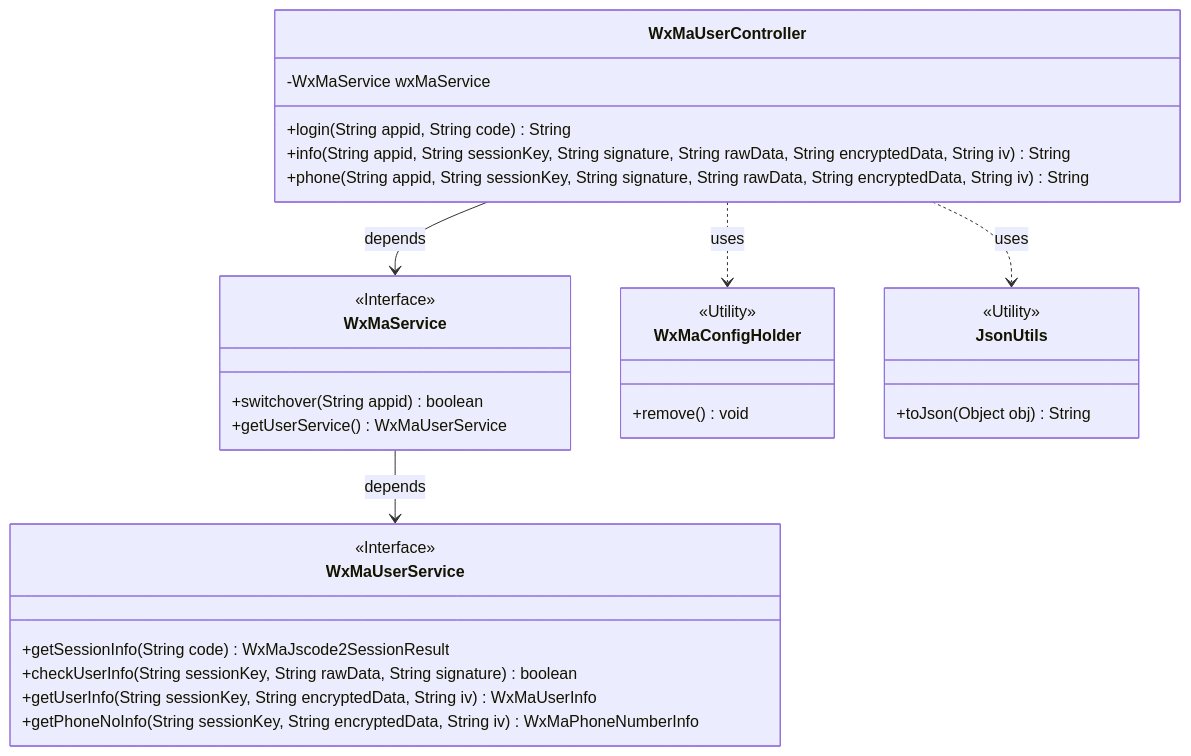
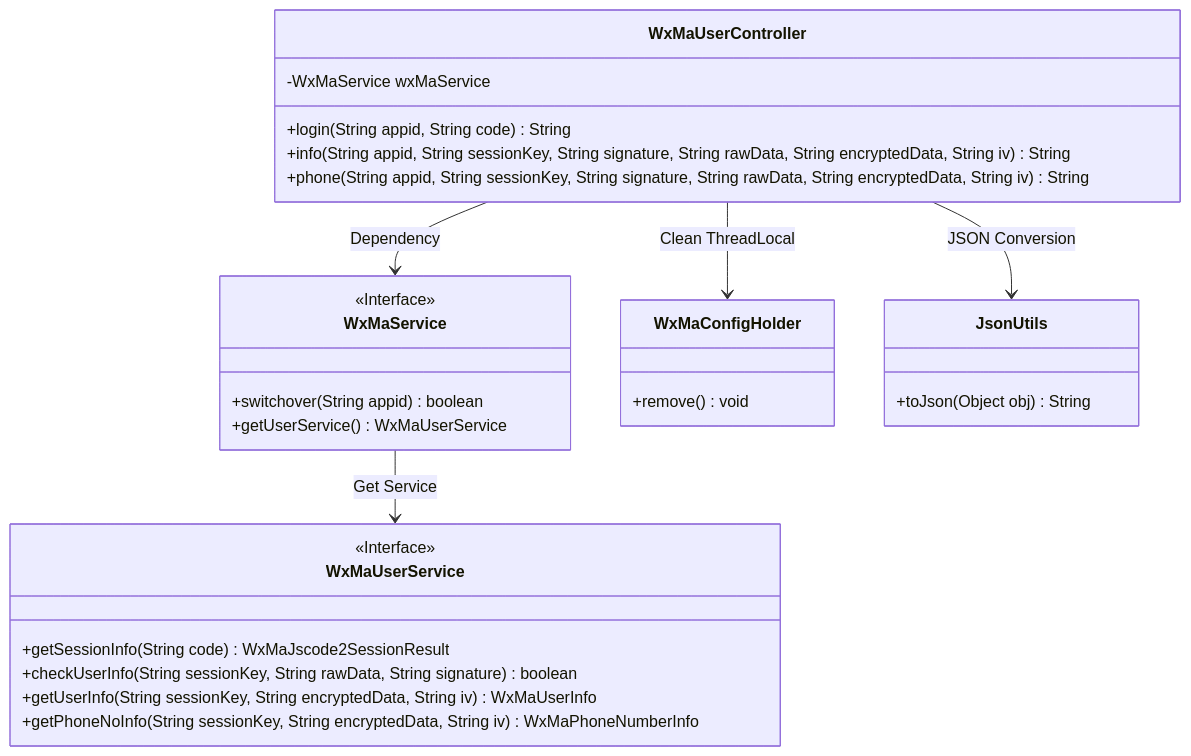
One commit to v-wjrong/binary_weixin-java-miniapp-demo changed the first of 2 diagrams in docs/en/docs/src/main/java/com/github/binarywang/demo/wx/miniapp/controller/WxMaUserController.md. Above: the diagram before and after it, drawn with Mermaid. The commit also changed other lines of this file and 50 other files, not shown here.

````diff
--- a/docs/en/docs/src/main/java/com/github/binarywang/demo/wx/miniapp/controller/WxMaUserController.md
+++ b/docs/en/docs/src/main/java/com/github/binarywang/demo/wx/miniapp/controller/WxMaUserController.md
@@ -36,38 +36,36 @@
 ```mermaid
 classDiagram
     class WxMaUserController {
         -WxMaService wxMaService
         +login(String appid, String code) String
         +info(String appid, String sessionKey, String signature, String rawData, String encryptedData, String iv) String
         +phone(String appid, String sessionKey, String signature, String rawData, String encryptedData, String iv) String
     }
 
     class WxMaService {
         <<Interface>>
         +switchover(String appid) boolean
         +getUserService() WxMaUserService
     }
 
     class WxMaUserService {
         <<Interface>>
         +getSessionInfo(String code) WxMaJscode2SessionResult
         +checkUserInfo(String sessionKey, String rawData, String signature) boolean
         +getUserInfo(String sessionKey, String encryptedData, String iv) WxMaUserInfo
         +getPhoneNoInfo(String sessionKey, String encryptedData, String iv) WxMaPhoneNumberInfo
     }
 
     class WxMaConfigHolder {
-        <<Utility>>
         +remove() void
     }
 
     class JsonUtils {
-        <<Utility>>
         +toJson(Object obj) String
     }
 
-    WxMaUserController --> WxMaService : depends
-    WxMaService --> WxMaUserService : depends
-    WxMaUserController ..> JsonUtils : uses
-    WxMaUserController ..> WxMaConfigHolder : uses
+    WxMaUserController --> WxMaService : Dependency
+    WxMaUserController --> WxMaConfigHolder : Clean ThreadLocal
+    WxMaUserController --> JsonUtils : JSON Conversion
+    WxMaService --> WxMaUserService : Get Service
 ```
````
